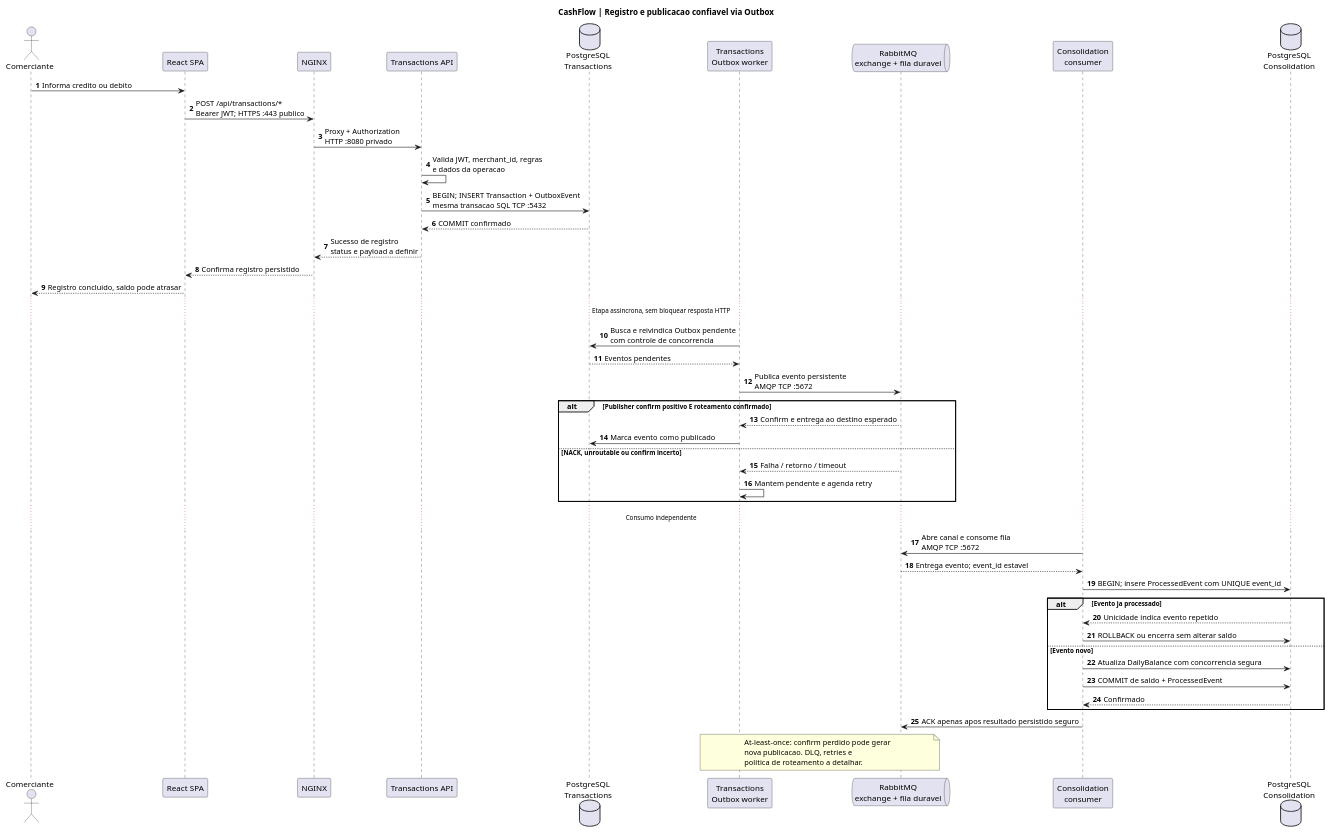
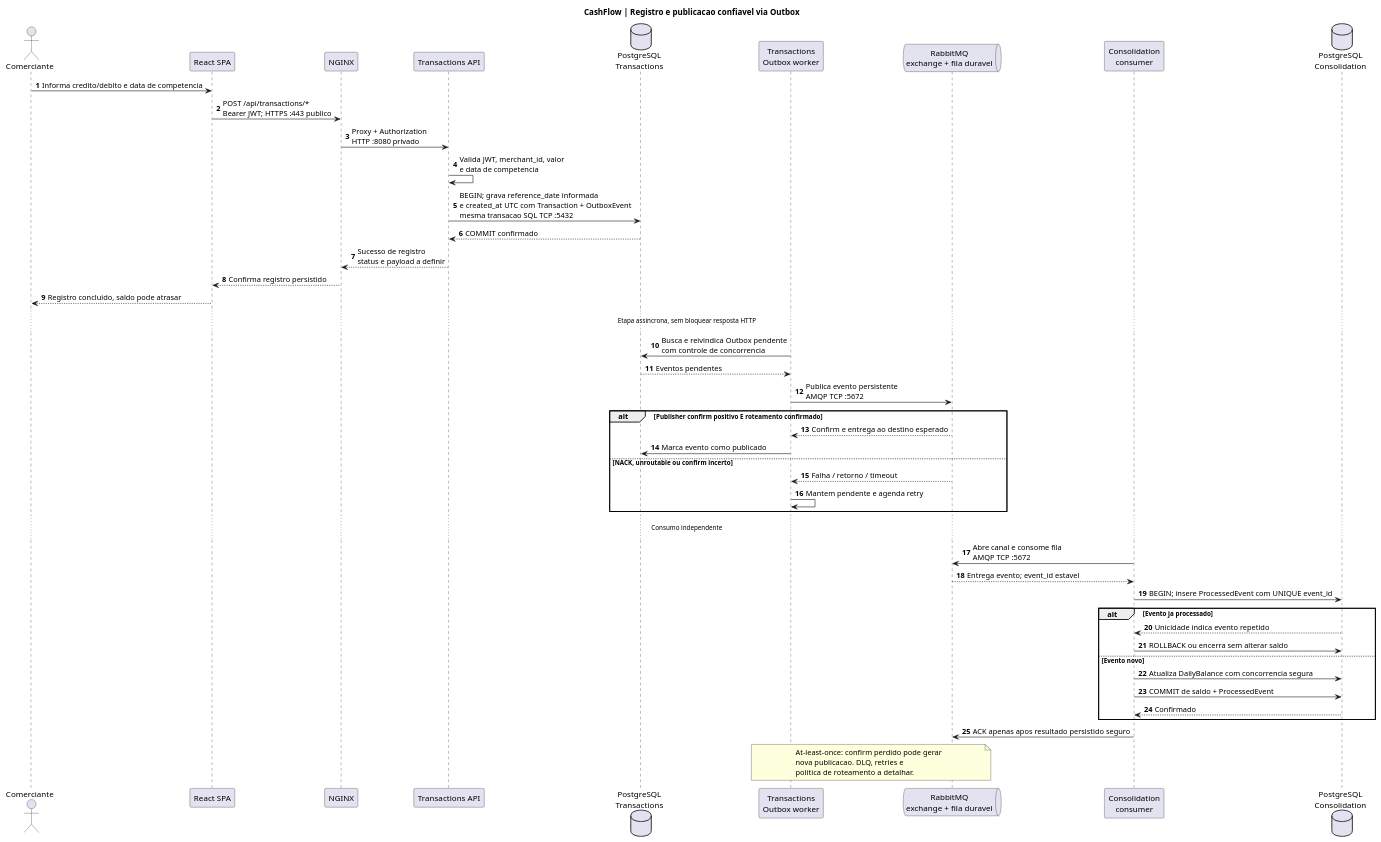
One commit to wolwerr/CashFlow-Architecture changed the diagram in docs/architecture/plantuml/sequence-register.puml. Above: the diagram before and after it, drawn with PlantUML.

Commit message:
docs(domain): decide merchant-selected competence date and UTC creation (RN-04)

```diff
--- a/docs/architecture/plantuml/sequence-register.puml
+++ b/docs/architecture/plantuml/sequence-register.puml
@@ -1,53 +1,53 @@
 @startuml CashFlow_Register
 title CashFlow | Registro e publicacao confiavel via Outbox
 autonumber
 actor Comerciante as U
 participant "React SPA" as W
 participant "NGINX" as G
 participant "Transactions API" as API
 database "PostgreSQL\nTransactions" as DBT
 participant "Transactions\nOutbox worker" as OUT
 queue "RabbitMQ\nexchange + fila duravel" as MQ
 participant "Consolidation\nconsumer" as CON
 database "PostgreSQL\nConsolidation" as DBC
 
-U -> W: Informa credito ou debito
+U -> W: Informa credito/debito e data de competencia
 W -> G: POST /api/transactions/*\nBearer JWT; HTTPS :443 publico
 G -> API: Proxy + Authorization\nHTTP :8080 privado
-API -> API: Valida JWT, merchant_id, regras\ne dados da operacao
-API -> DBT: BEGIN; INSERT Transaction + OutboxEvent\nmesma transacao SQL TCP :5432
+API -> API: Valida JWT, merchant_id, valor\ne data de competencia
+API -> DBT: BEGIN; grava reference_date informada\ne created_at UTC com Transaction + OutboxEvent\nmesma transacao SQL TCP :5432
 DBT --> API: COMMIT confirmado
 API --> G: Sucesso de registro\nstatus e payload a definir
 G --> W: Confirma registro persistido
 W --> U: Registro concluido, saldo pode atrasar
 
 ... Etapa assincrona, sem bloquear resposta HTTP ...
 OUT -> DBT: Busca e reivindica Outbox pendente\ncom controle de concorrencia
 DBT --> OUT: Eventos pendentes
 OUT -> MQ: Publica evento persistente\nAMQP TCP :5672
 alt Publisher confirm positivo E roteamento confirmado
   MQ --> OUT: Confirm e entrega ao destino esperado
   OUT -> DBT: Marca evento como publicado
 else NACK, unroutable ou confirm incerto
   MQ --> OUT: Falha / retorno / timeout
   OUT -> OUT: Mantem pendente e agenda retry
 end
 ... Consumo independente ...
 CON -> MQ: Abre canal e consome fila\nAMQP TCP :5672
 MQ --> CON: Entrega evento; event_id estavel
 CON -> DBC: BEGIN; insere ProcessedEvent com UNIQUE event_id
 alt Evento ja processado
   DBC --> CON: Unicidade indica evento repetido
   CON -> DBC: ROLLBACK ou encerra sem alterar saldo
 else Evento novo
   CON -> DBC: Atualiza DailyBalance com concorrencia segura
   CON -> DBC: COMMIT de saldo + ProcessedEvent
   DBC --> CON: Confirmado
 end
 CON -> MQ: ACK apenas apos resultado persistido seguro
 note over OUT,MQ
 At-least-once: confirm perdido pode gerar
 nova publicacao. DLQ, retries e
 politica de roteamento a detalhar.
 end note
 @enduml
```
